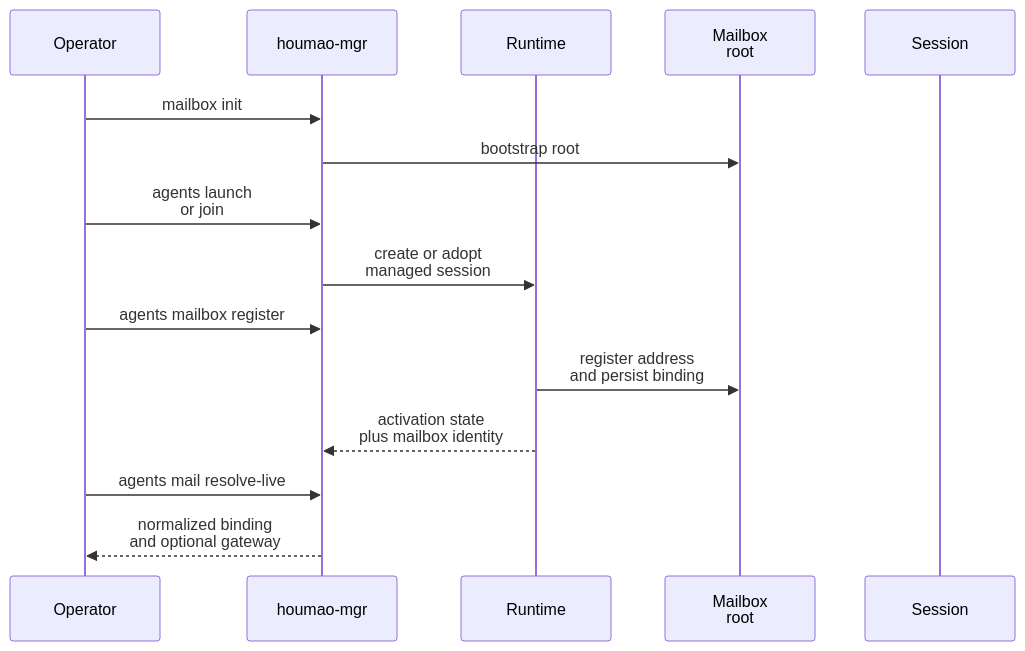
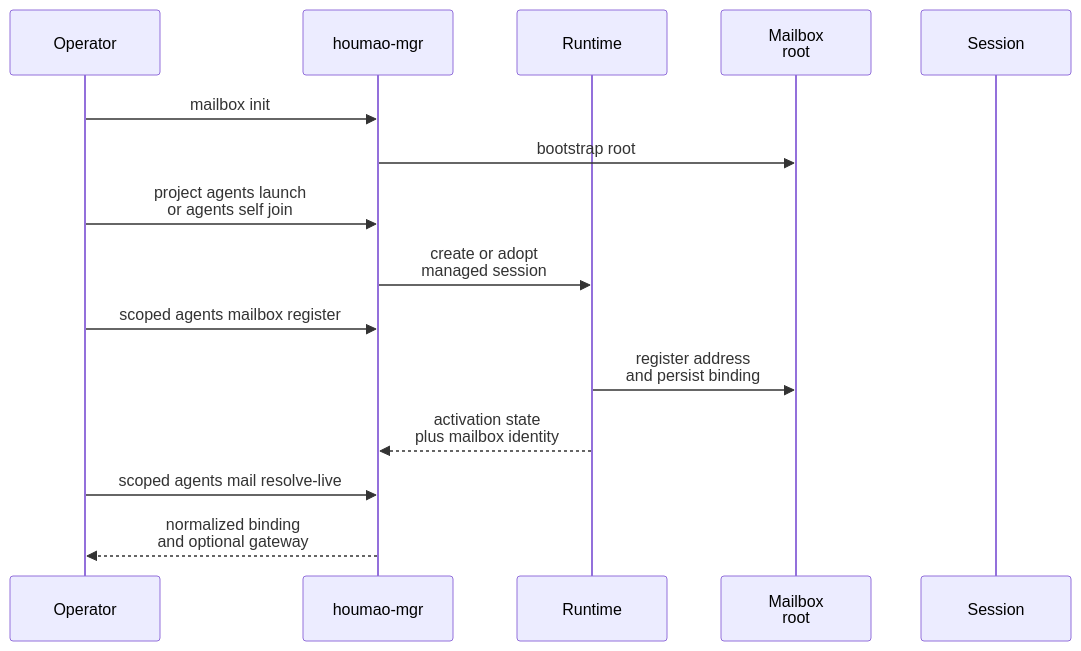
The first of 2 diagrams in docs/reference/mailbox/quickstart.md (igamenovoer/houmao), drawn with Mermaid before and after one commit. The commit also changed other lines of this file and 151 other files, not shown here.

````diff
--- a/docs/reference/mailbox/quickstart.md
+++ b/docs/reference/mailbox/quickstart.md
@@ -90,17 +88,17 @@
 ```mermaid
 sequenceDiagram
     participant Op as Operator
     participant CLI as houmao-mgr
     participant RT as Runtime
     participant FS as Mailbox<br/>root
     participant Ses as Session
     Op->>CLI: mailbox init
     CLI->>FS: bootstrap root
-    Op->>CLI: agents launch<br/>or join
+    Op->>CLI: project agents launch<br/>or agents self join
     CLI->>RT: create or adopt<br/>managed session
-    Op->>CLI: agents mailbox register
+    Op->>CLI: scoped agents mailbox register
     RT->>FS: register address<br/>and persist binding
     RT-->>CLI: activation state<br/>plus mailbox identity
-    Op->>CLI: agents mail resolve-live
+    Op->>CLI: scoped agents mail resolve-live
     CLI-->>Op: normalized binding<br/>and optional gateway
 ```
````
